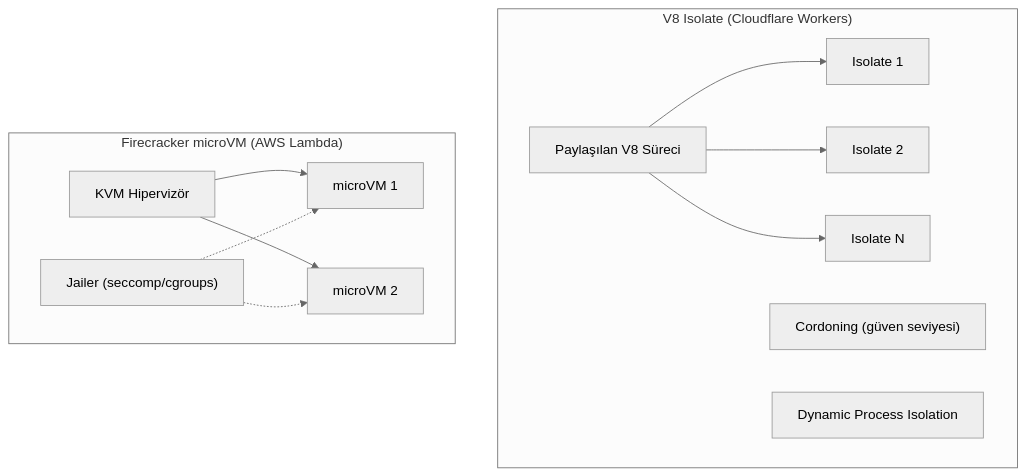
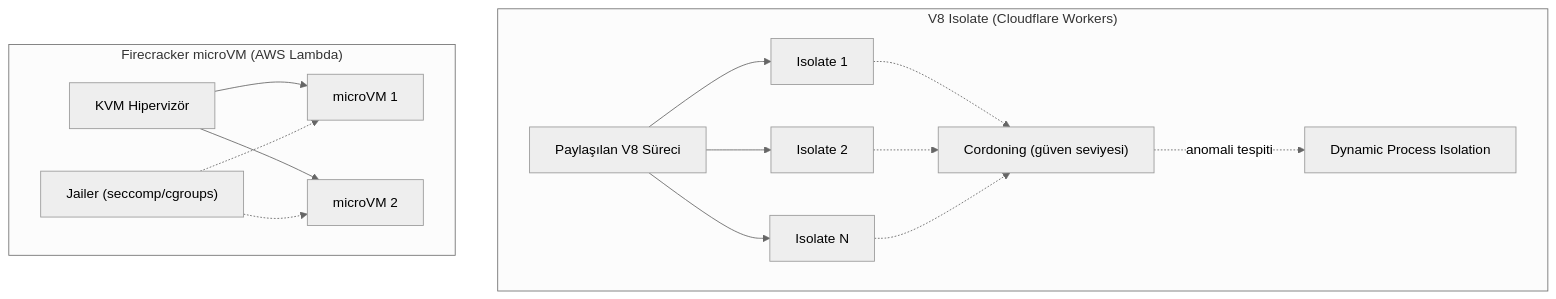
One commit to yusufarbc/Siber-Guvenlik-Rehberi changed the diagram in src/content/docs/10-uygulama-guvenligi/03-serverless-ve-v8-guvenligi.md. Above: the diagram before and after it, drawn with Mermaid (neutral theme). The commit also changed 13 other files, not shown here.

First line of the commit message:
Mermaid diyagramlarındaki yapısal sorunları düzelt, kalabalık olanları sadeleştir

````diff
--- a/src/content/docs/10-uygulama-guvenligi/03-serverless-ve-v8-guvenligi.md
+++ b/src/content/docs/10-uygulama-guvenligi/03-serverless-ve-v8-guvenligi.md
@@ -31,20 +31,22 @@
 ```mermaid
 flowchart TB
     subgraph V8Model["V8 Isolate (Cloudflare Workers)"]
         V8Proc["Paylaşılan V8 Süreci"]
         Iso1["Isolate 1"]
         Iso2["Isolate 2"]
         IsoN["Isolate N"]
         V8Proc --> Iso1 & Iso2 & IsoN
         Cordoning["Cordoning (güven seviyesi)"]
         DPI["Dynamic Process Isolation"]
+        Iso1 & Iso2 & IsoN -.-> Cordoning
+        Cordoning -.->|anomali tespiti| DPI
     end
     subgraph MicroVMModel["Firecracker microVM (AWS Lambda)"]
         KVM["KVM Hipervizör"]
         VM1["microVM 1"]
         VM2["microVM 2"]
         Jailer["Jailer (seccomp/cgroups)"]
         KVM --> VM1 & VM2
         Jailer -.-> VM1 & VM2
     end
 ```
````
